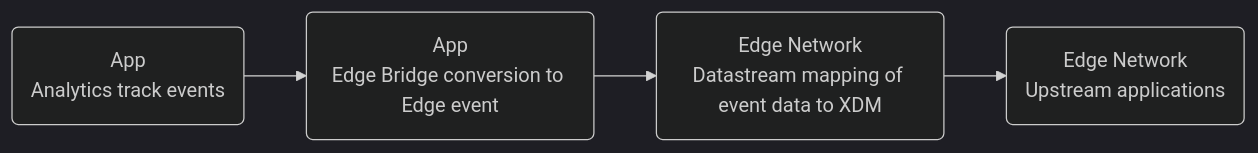
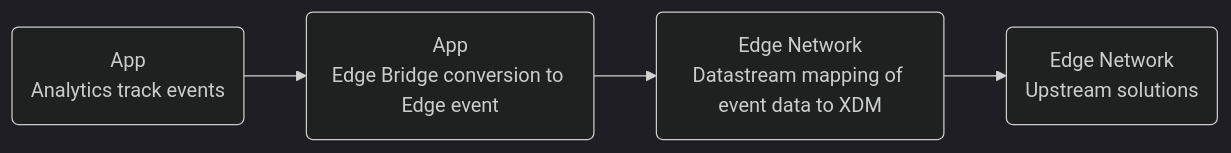
Before and after one commit to adobe/aepsdk-edgebridge-ios: the second of 2 diagrams in Documentation/tutorials/edge-bridge-tutorial.md, drawn with Mermaid (dark theme).

Commit message:
Revert solution to application rename for consistency

````diff
--- a/Documentation/tutorials/edge-bridge-tutorial.md
+++ b/Documentation/tutorials/edge-bridge-tutorial.md
@@ -463,4 +463,4 @@
 ```mermaid
 graph LR;
-    step1(App<br/>Analytics track events) --> step2(App<br/>Edge Bridge conversion to Edge event) --> step3(Edge Network<br/>Datastream mapping of event data to XDM) --> step4(Edge Network<br/>Upstream applications);
+    step1(App<br/>Analytics track events) --> step2(App<br/>Edge Bridge conversion to Edge event) --> step3(Edge Network<br/>Datastream mapping of event data to XDM) --> step4(Edge Network<br/>Upstream solutions);
 ```
````
